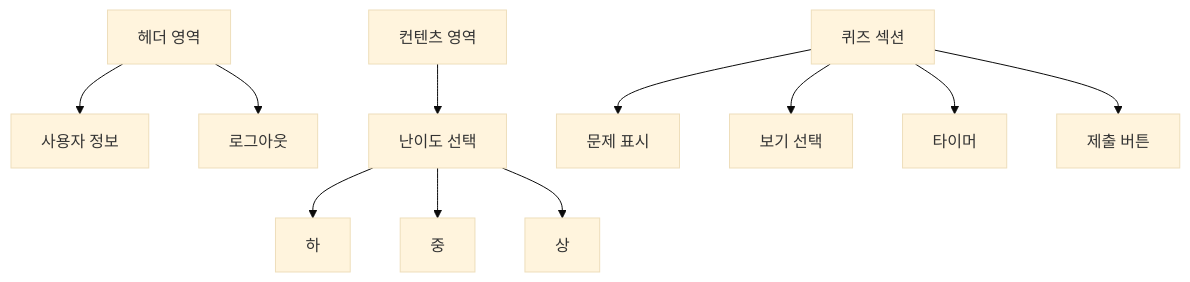
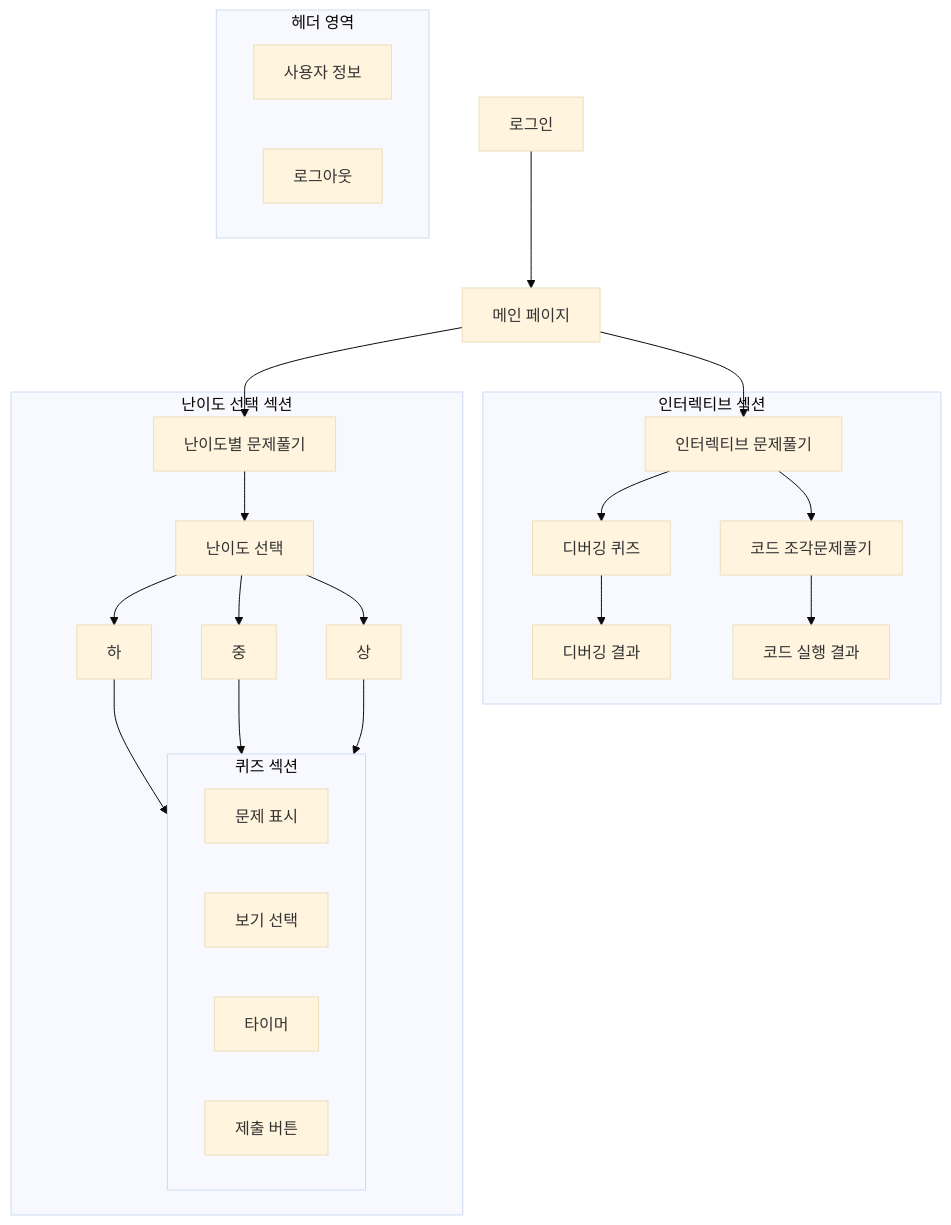
The fourth of 5 diagrams in report/화면설계서.md (CodeQuizz/CodeQuizz_main), drawn with Mermaid (base theme) before and after one commit. The commit also changed other lines of this file and 7 other files, not shown here.

````diff
--- a/report/화면설계서.md
+++ b/report/화면설계서.md
@@ -64,15 +64,37 @@
 ```mermaid
 flowchart TD
-    Header[헤더 영역] --> UserInfo[사용자 정보]
-    Header --> Logout[로그아웃]
+    subgraph Header[헤더 영역]
+        UserInfo[사용자 정보]
+        Logout[로그아웃]
+    end
     
-    Content[컨텐츠 영역] --> DiffSelect[난이도 선택]
-    DiffSelect --> Easy[하]
-    DiffSelect --> Medium[중]
-    DiffSelect --> Hard[상]
+    Login[로그인] --> Main[메인 페이지]
     
-    QuizSection[퀴즈 섹션] --> Question[문제 표시]
-    QuizSection --> Options[보기 선택]
-    QuizSection --> Timer[타이머]
-    QuizSection --> Submit[제출 버튼]
+    Main --> Interactive[인터렉티브 문제풀기]
+    Main --> DifficultyPath[난이도별 문제풀기]
+    
+    subgraph InteractiveSection[인터렉티브 섹션]
+        Interactive --> Debug[디버깅 퀴즈]
+        Interactive --> CodeFragment[코드 조각문제풀기]
+        Debug --> DebugResult[디버깅 결과]
+        CodeFragment --> CodeResult[코드 실행 결과]
+    end
+    
+    subgraph DifficultySection[난이도 선택 섹션]
+        DifficultyPath --> DiffSelect[난이도 선택]
+        DiffSelect --> Easy[하]
+        DiffSelect --> Medium[중]
+        DiffSelect --> Hard[상]
+        
+        subgraph QuizSection[퀴즈 섹션]
+            Question[문제 표시]
+            Options[보기 선택]
+            Timer[타이머]
+            Submit[제출 버튼]
+        end
+        
+        Easy --> QuizSection
+        Medium --> QuizSection
+        Hard --> QuizSection
+    end
 ```
````
